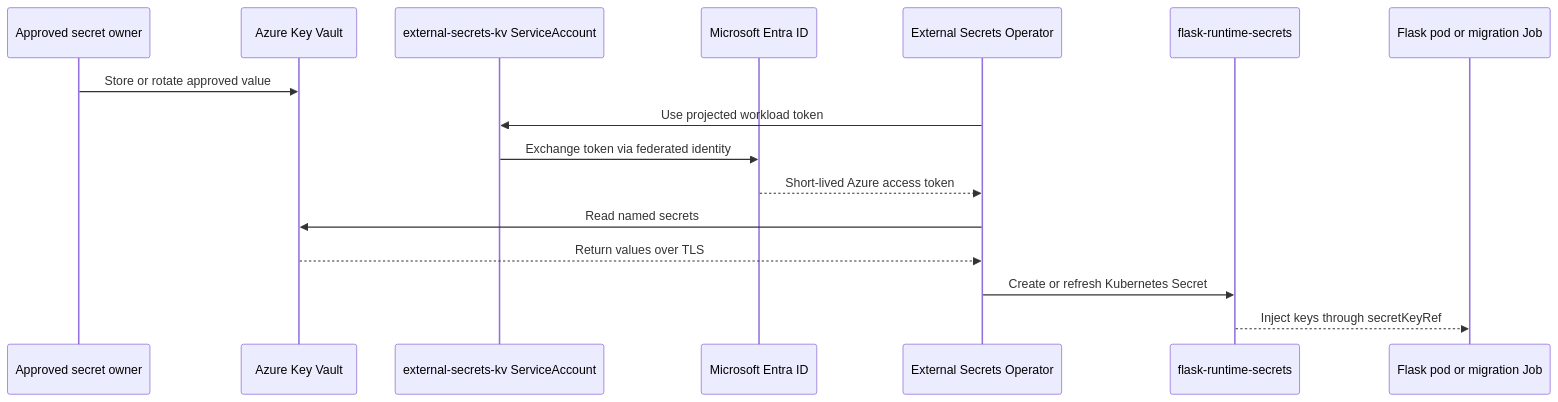
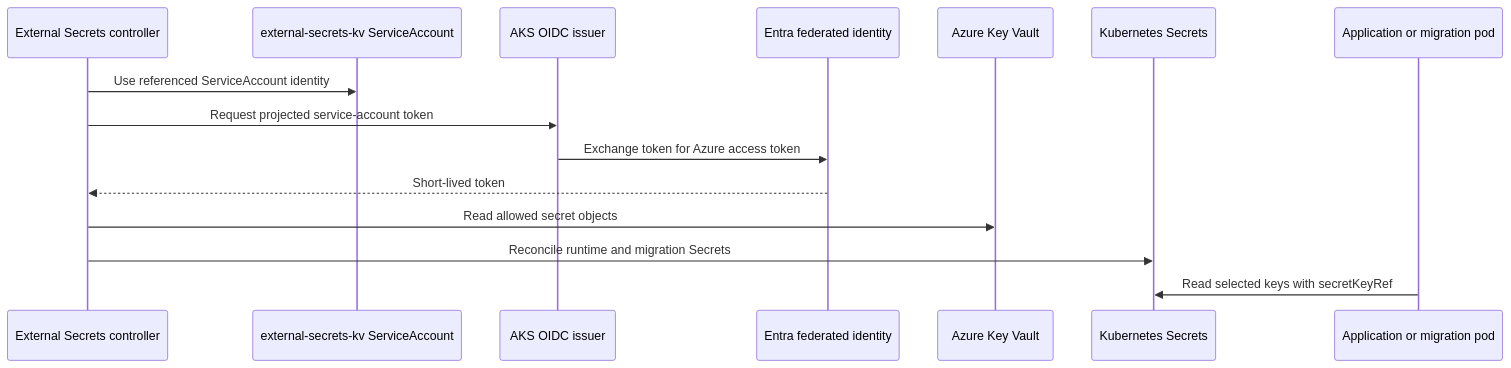
Before and after one commit to scampbell91coaching-dotcom/azure-devops-demo: the sixth of 6 diagrams in docs/architecture.md, drawn with Mermaid. The commit also changed other lines of this file and 7 other files, not shown here.

Commit message:
docs(platform): document architecture security and operations

````diff
--- a/docs/architecture.md
+++ b/docs/architecture.md
@@ -137,19 +238,18 @@
 ```mermaid
 sequenceDiagram
-    participant Admin as Approved secret owner
+    participant Pod as External Secrets controller
+    participant SA as external-secrets-kv ServiceAccount
+    participant OIDC as AKS OIDC issuer
+    participant Entra as Entra federated identity
     participant KV as Azure Key Vault
-    participant SA as external-secrets-kv ServiceAccount
-    participant Entra as Microsoft Entra ID
-    participant ESO as External Secrets Operator
-    participant K8s as flask-runtime-secrets
-    participant App as Flask pod or migration Job
+    participant Secret as Kubernetes Secrets
+    participant Workload as Application or migration pod
 
-    Admin->>KV: Store or rotate approved value
-    ESO->>SA: Use projected workload token
-    SA->>Entra: Exchange token via federated identity
-    Entra-->>ESO: Short-lived Azure access token
-    ESO->>KV: Read named secrets
-    KV-->>ESO: Return values over TLS
-    ESO->>K8s: Create or refresh Kubernetes Secret
-    K8s-->>App: Inject keys through secretKeyRef
+    Pod->>SA: Use referenced ServiceAccount identity
+    Pod->>OIDC: Request projected service-account token
+    OIDC->>Entra: Exchange token for Azure access token
+    Entra-->>Pod: Short-lived token
+    Pod->>KV: Read allowed secret objects
+    Pod->>Secret: Reconcile runtime and migration Secrets
+    Workload->>Secret: Read selected keys with secretKeyRef
 ```
````
